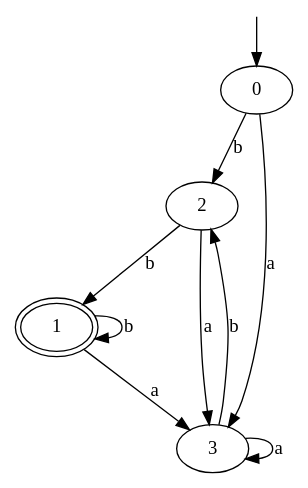
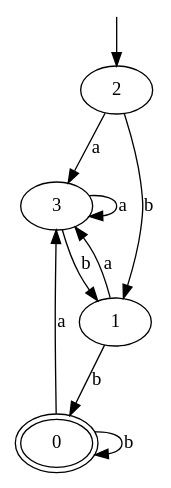
The diagram in dfa.dot (p9romain/automaton), drawn with Graphviz before and after one commit. The commit also changed 3 other files, not shown here.

```diff
--- a/dfa.dot
+++ b/dfa.dot
@@ -1,14 +1,14 @@
 digraph automaton
 {
   __INVISIBLE_NODE_0__ [label= "", shape=none,height=.0,width=.0] ;
-  __INVISIBLE_NODE_0__ -> 0 ;
-  1 [peripheries=2] ;
-  0 -> 2 [label="b"] ;
+  __INVISIBLE_NODE_0__ -> 2 ;
+  0 [peripheries=2] ;
+  0 -> 0 [label="b"] ;
   0 -> 3 [label="a"] ;
-  1 -> 1 [label="b"] ;
+  1 -> 0 [label="b"] ;
   1 -> 3 [label="a"] ;
   2 -> 1 [label="b"] ;
   2 -> 3 [label="a"] ;
-  3 -> 2 [label="b"] ;
+  3 -> 1 [label="b"] ;
   3 -> 3 [label="a"] ;
 }
```
